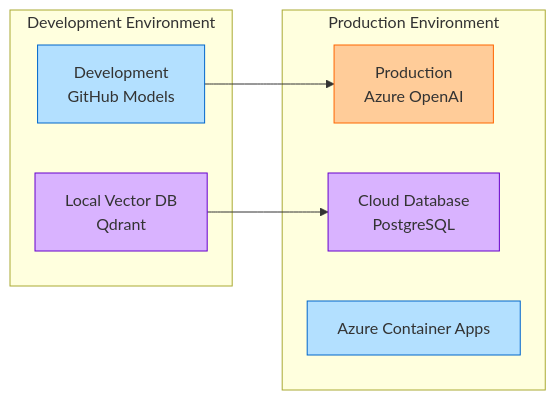
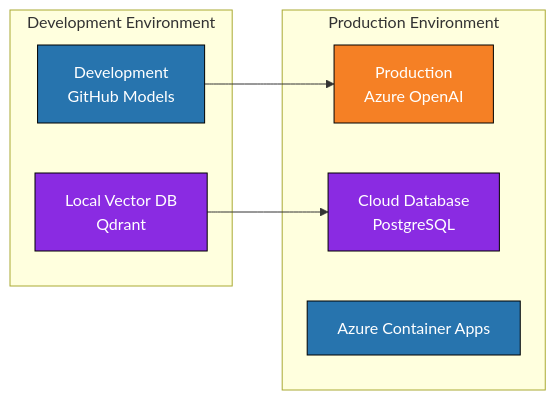
The third of 3 diagrams in README.md (dotnet-presentations/ai-workshop), drawn with Mermaid before and after one commit. The commit also changed other lines of this file, not shown here.

Commit message:
Fix diagrams

````diff
--- a/README.md
+++ b/README.md
@@ -80,22 +84,24 @@
 ```mermaid
 flowchart LR
     Dev[Development<br>GitHub Models] --> Prod[Production<br>Azure OpenAI]
     Local[Local Vector DB<br>Qdrant] --> Cloud[Cloud Database<br>PostgreSQL]
     
     subgraph Development Environment
         Dev
         Local
     end
     
     subgraph Production Environment
         Prod
         Cloud
         ACA[Azure Container Apps]
     end
     
-    style Dev fill:#b3e0ff,stroke:#0066cc
-    style Prod fill:#ffcc99,stroke:#ff6600
-    style Local fill:#d9b3ff,stroke:#6600cc
-    style Cloud fill:#d9b3ff,stroke:#6600cc
-    style ACA fill:#b3e0ff,stroke:#0066cc
+    classDef devnode fill:#2774AE,stroke:#000,color:#fff
+    classDef prodnode fill:#F58025,stroke:#000,color:#fff
+    classDef dbnode fill:#8A2BE2,stroke:#000,color:#fff
+    
+    class Dev,ACA devnode
+    class Prod prodnode
+    class Local,Cloud dbnode
 ```
````
